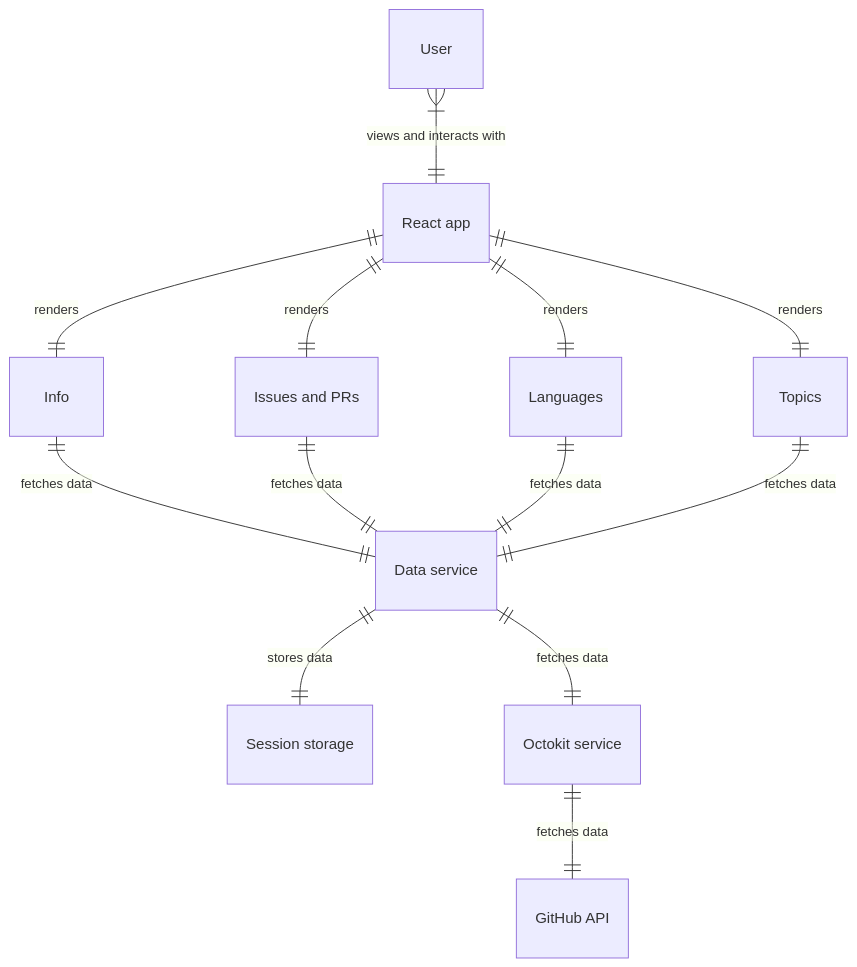
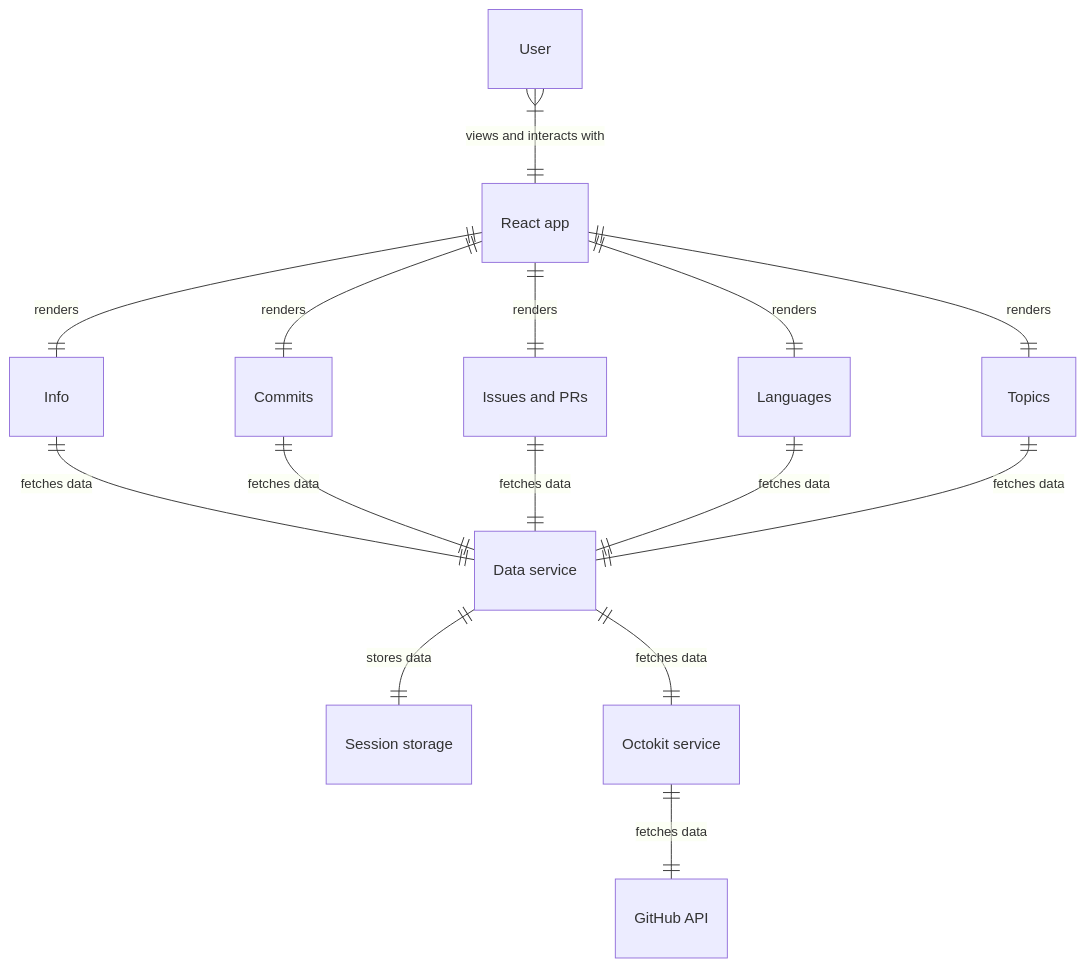
The first of 3 diagrams in docs/architecture.md (rikurauhala/insights), drawn with Mermaid before and after one commit. The commit also changed other lines of this file, not shown here.

Commit message:
Add Commits to architecture.md

````diff
--- a/docs/architecture.md
+++ b/docs/architecture.md
@@ -5,26 +5,29 @@
 ```mermaid
 erDiagram
   user      ["User"]
   app       ["React app"]
   info      ["Info"]
+  commits   ["Commits"]
   issues    ["Issues and PRs"]
   languages ["Languages"]
   topics    ["Topics"]
   data      ["Data service"]
   storage   ["Session storage"]
   octokit   ["Octokit service"]
   api       ["GitHub API"]
 
   user      }|--|| app       : "views and interacts with"
   app       ||--|| info      : renders
+  app       ||--|| commits   : renders
   app       ||--|| issues    : renders
   app       ||--|| languages : renders
   app       ||--|| topics    : renders
   info      ||--|| data      : "fetches data"
+  commits   ||--|| data      : "fetches data"
   issues    ||--|| data      : "fetches data"
   languages ||--|| data      : "fetches data"
   topics    ||--|| data      : "fetches data"
   data      ||--|| octokit   : "fetches data"
   data      ||--|| storage   : "stores data"
   octokit   ||--|| api       : "fetches data"
 ```
````
